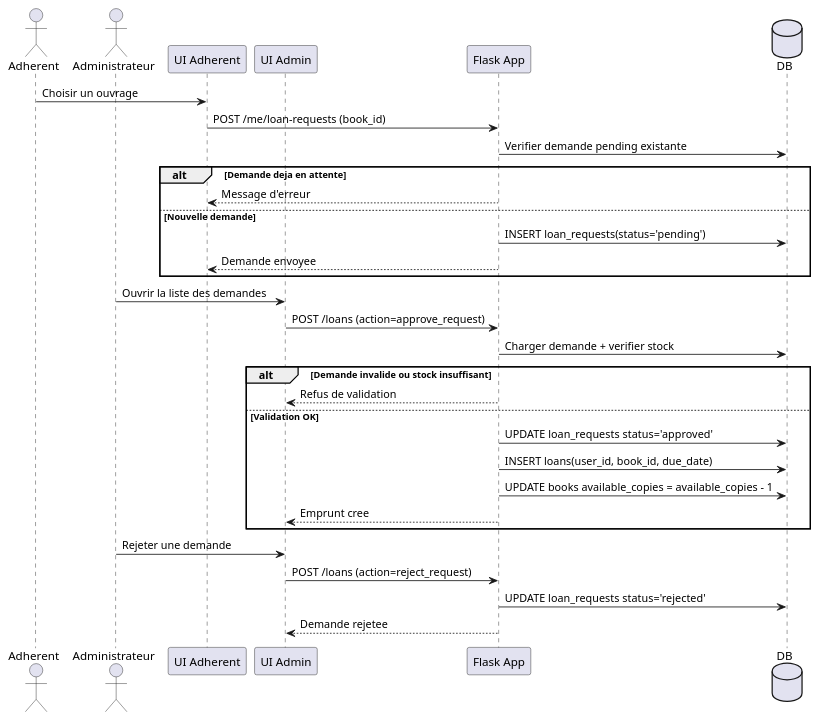
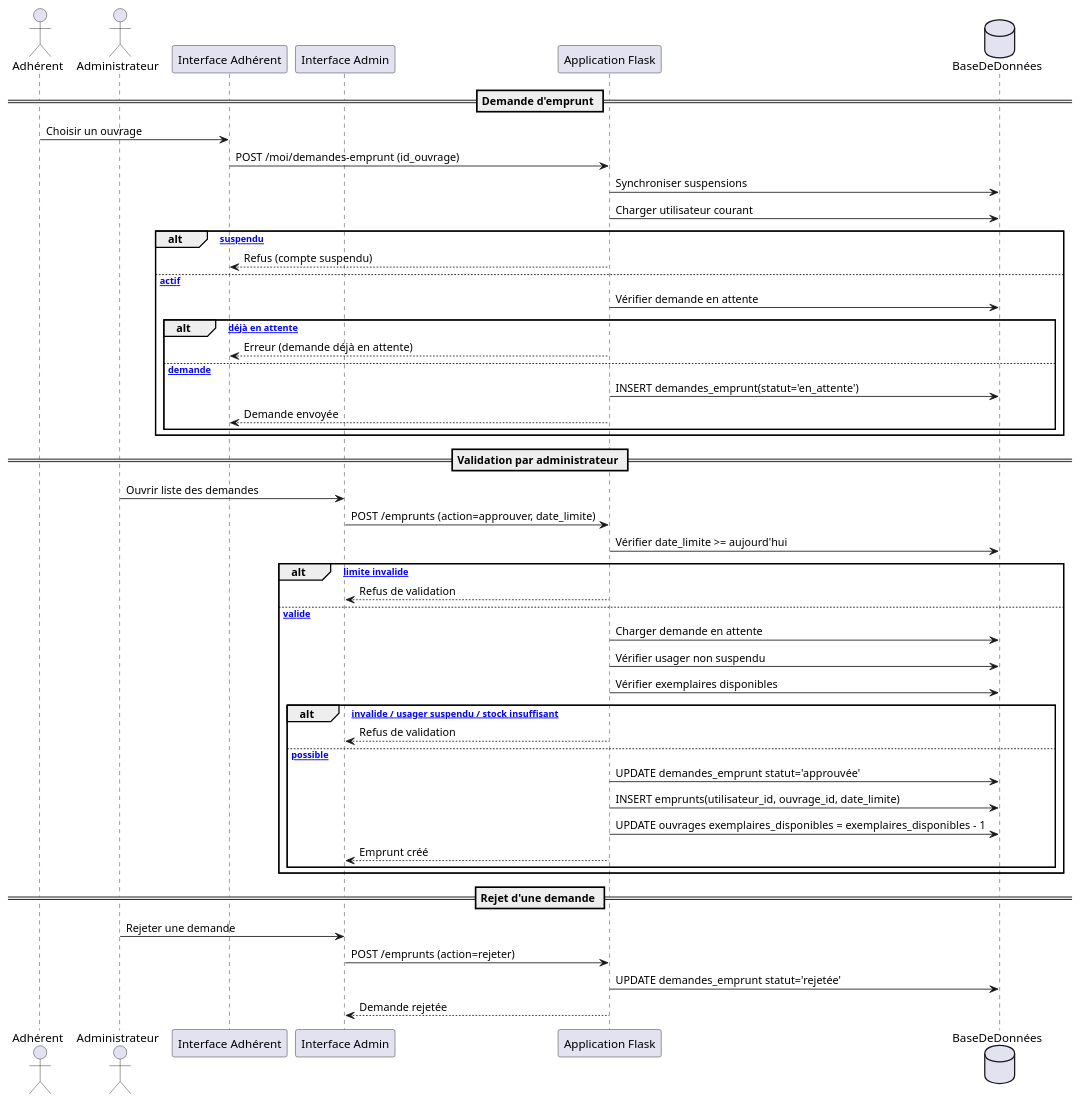
The diagram in diagrams/sequence_emprunt.puml (JunRoot29/Gestion-d-une-Bibliotheque), drawn with PlantUML before and after one commit. The commit also changed 14 other files, not shown here.

```diff
--- a/diagrams/sequence_emprunt.puml
+++ b/diagrams/sequence_emprunt.puml
@@ -1,35 +1,54 @@
 @startuml
-actor Adherent
+actor Adhérent
 actor Administrateur
-participant "UI Adherent" as UUI
-participant "UI Admin" as AUI
-participant "Flask App" as APP
-database DB
+participant "Interface Adhérent" as UUI
+participant "Interface Admin" as AUI
+participant "Application Flask" as APP
+database BaseDeDonnées as DB
 
-Adherent -> UUI : Choisir un ouvrage
-UUI -> APP : POST /me/loan-requests (book_id)
-APP -> DB : Verifier demande pending existante
-alt Demande deja en attente
-  APP --> UUI : Message d'erreur
-else Nouvelle demande
-  APP -> DB : INSERT loan_requests(status='pending')
-  APP --> UUI : Demande envoyee
+== Demande d'emprunt ==
+Adhérent -> UUI : Choisir un ouvrage
+UUI -> APP : POST /moi/demandes-emprunt (id_ouvrage)
+APP -> DB : Synchroniser suspensions
+APP -> DB : Charger utilisateur courant
+
+alt [Usager suspendu]
+  APP --> UUI : Refus (compte suspendu)
+else [Usager actif]
+  APP -> DB : Vérifier demande en attente
+  alt [Demande déjà en attente]
+    APP --> UUI : Erreur (demande déjà en attente)
+  else [Nouvelle demande]
+    APP -> DB : INSERT demandes_emprunt(statut='en_attente')
+    APP --> UUI : Demande envoyée
+  end
 end
 
-Administrateur -> AUI : Ouvrir la liste des demandes
-AUI -> APP : POST /loans (action=approve_request)
-APP -> DB : Charger demande + verifier stock
-alt Demande invalide ou stock insuffisant
+== Validation par administrateur ==
+Administrateur -> AUI : Ouvrir liste des demandes
+AUI -> APP : POST /emprunts (action=approuver, date_limite)
+APP -> DB : Vérifier date_limite >= aujourd'hui
+
+alt [Date limite invalide]
   APP --> AUI : Refus de validation
-else Validation OK
-  APP -> DB : UPDATE loan_requests status='approved'
-  APP -> DB : INSERT loans(user_id, book_id, due_date)
-  APP -> DB : UPDATE books available_copies = available_copies - 1
-  APP --> AUI : Emprunt cree
+else [Date valide]
+  APP -> DB : Charger demande en attente
+  APP -> DB : Vérifier usager non suspendu
+  APP -> DB : Vérifier exemplaires disponibles
+
+  alt [Demande invalide / usager suspendu / stock insuffisant]
+    APP --> AUI : Refus de validation
+  else [Approbation possible]
+    APP -> DB : UPDATE demandes_emprunt statut='approuvée'
+    APP -> DB : INSERT emprunts(utilisateur_id, ouvrage_id, date_limite)
+    APP -> DB : UPDATE ouvrages exemplaires_disponibles = exemplaires_disponibles - 1
+    APP --> AUI : Emprunt créé
+  end
 end
 
+== Rejet d'une demande ==
 Administrateur -> AUI : Rejeter une demande
-AUI -> APP : POST /loans (action=reject_request)
-APP -> DB : UPDATE loan_requests status='rejected'
-APP --> AUI : Demande rejetee
+AUI -> APP : POST /emprunts (action=rejeter)
+APP -> DB : UPDATE demandes_emprunt statut='rejetée'
+APP --> AUI : Demande rejetée
 @enduml
```
